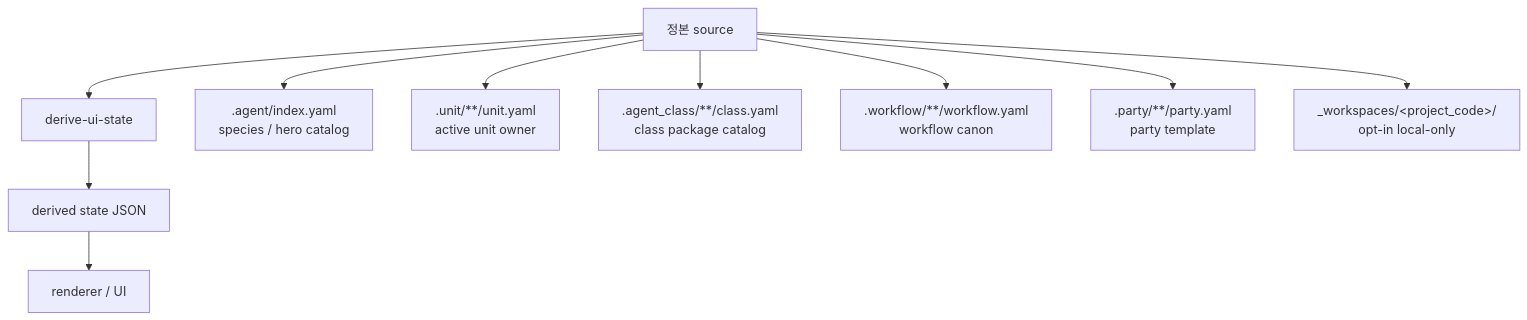
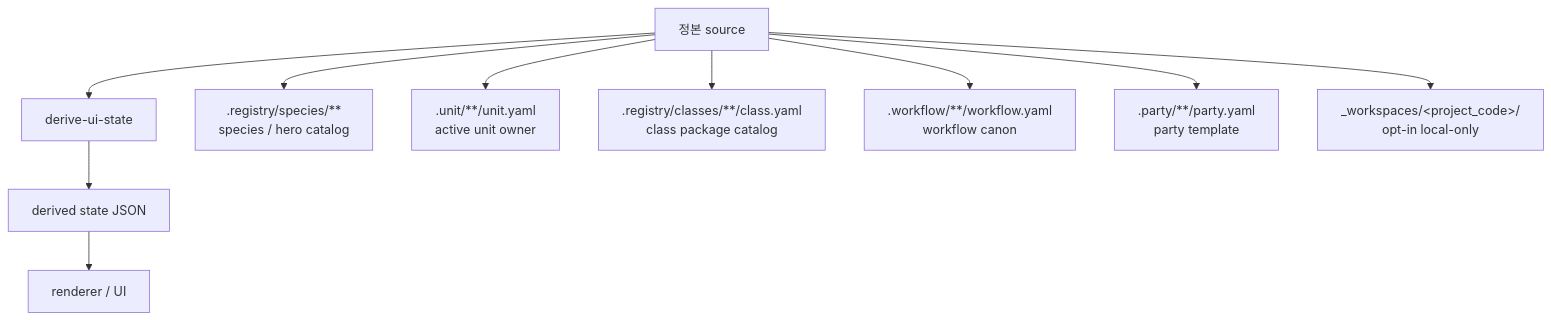
One commit to SungYongMOON/soulforge changed the diagram in docs/architecture/ui/UI_SOURCE_MAP.md. Above: the diagram before and after it, drawn with Mermaid. The commit also changed other lines of this file and 148 other files, not shown here.

````diff
--- a/docs/architecture/ui/UI_SOURCE_MAP.md
+++ b/docs/architecture/ui/UI_SOURCE_MAP.md
@@ -17,12 +17,12 @@
 ```mermaid
 flowchart TD
   SRC["정본 source"] --> DR["derive-ui-state"]
   DR --> DS["derived state JSON"]
   DS --> UI["renderer / UI"]
-  SRC --> A[".agent/index.yaml<br/>species / hero catalog"]
+  SRC --> A[".registry/species/**<br/>species / hero catalog"]
   SRC --> U[".unit/**/unit.yaml<br/>active unit owner"]
-  SRC --> C[".agent_class/**/class.yaml<br/>class package catalog"]
+  SRC --> C[".registry/classes/**/class.yaml<br/>class package catalog"]
   SRC --> W[".workflow/**/workflow.yaml<br/>workflow canon"]
   SRC --> P[".party/**/party.yaml<br/>party template"]
   SRC --> X["_workspaces/&lt;project_code&gt;/<br/>opt-in local-only"]
 ```
````
